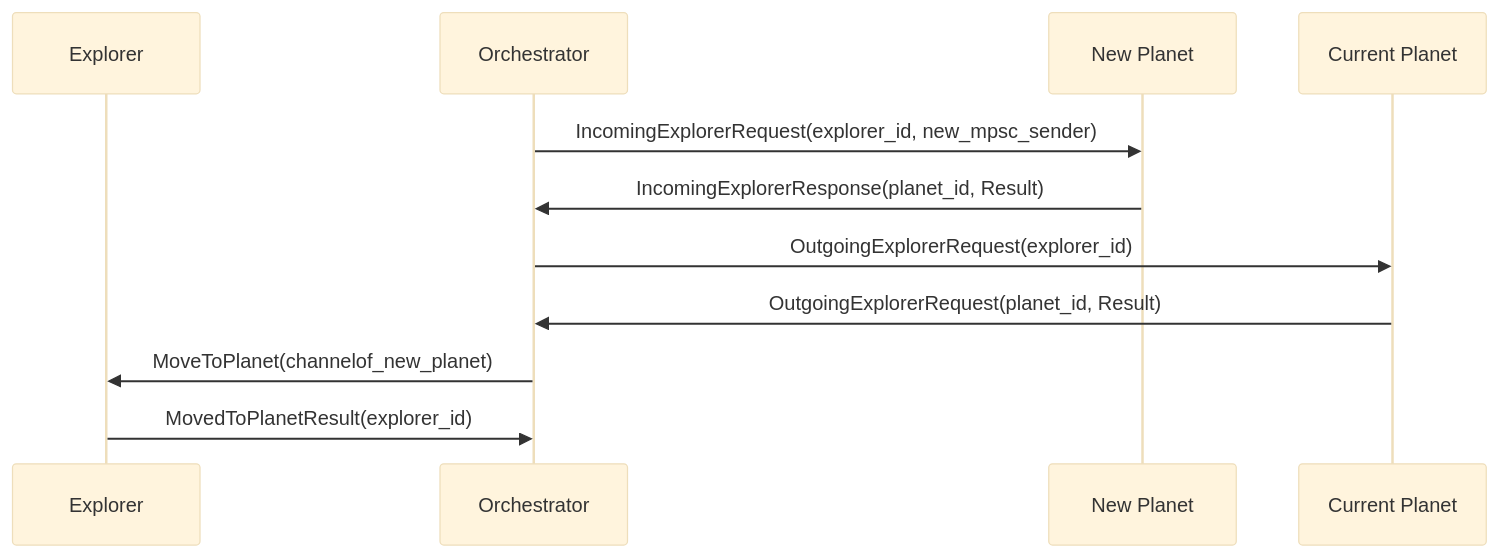
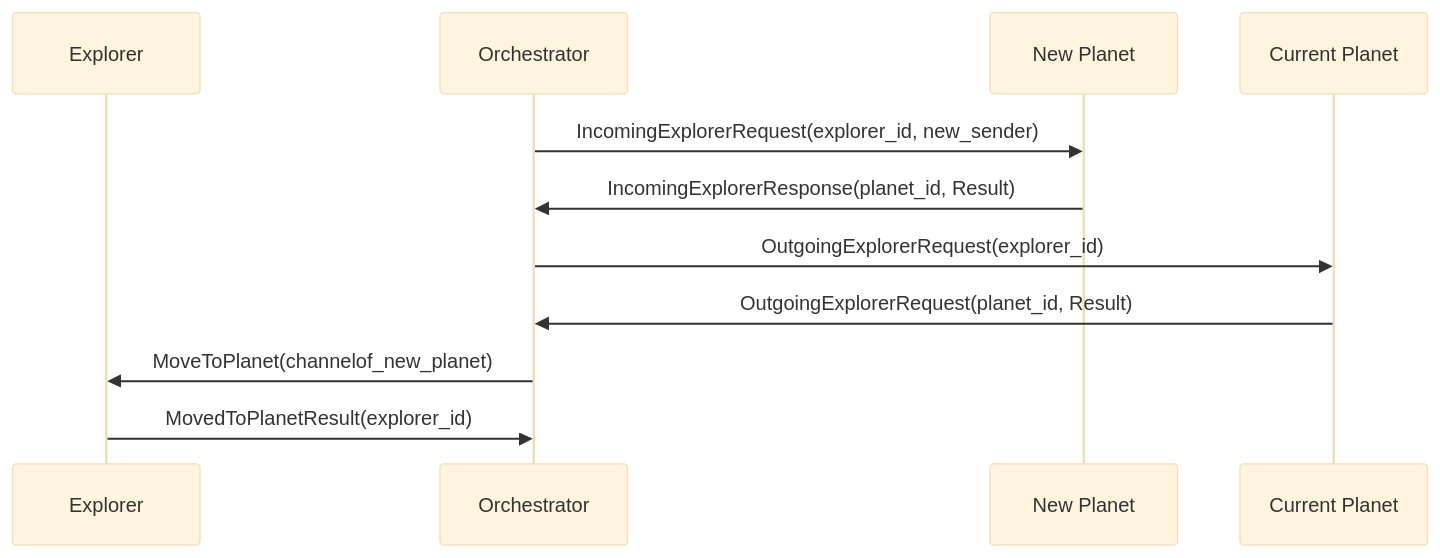
Diagram 11 of 23 in MESSAGE_DIAGRAMS.md (unitn-ap-2025/common), drawn with Mermaid (base theme) before and after one commit. The commit also changed other lines of this file and 5 other files, not shown here.

Commit message:
Fix Issue #142, added and updated MESSAGE_DIAGRAMS file with sequence diagrams pf the protocol + fixed protocol doc comments for readability

````diff
--- a/MESSAGE_DIAGRAMS.md
+++ b/MESSAGE_DIAGRAMS.md
@@ -94,16 +123,16 @@
 ```mermaid
 sequenceDiagram
     participant E as Explorer
     participant O as Orchestrator
     participant newP as New Planet
     participant currP as Current Planet
 
 
-    O ->> newP: IncomingExplorerRequest(explorer_id, new_mpsc_sender)
+    O ->> newP: IncomingExplorerRequest(explorer_id, new_sender)
     newP ->> O: IncomingExplorerResponse(planet_id, Result)
     O ->> currP: OutgoingExplorerRequest(explorer_id)
     currP ->> O: OutgoingExplorerRequest(planet_id, Result)
 
     O ->>E: MoveToPlanet(channelof_new_planet)
     E->> O: MovedToPlanetResult(explorer_id)
 ```
````
